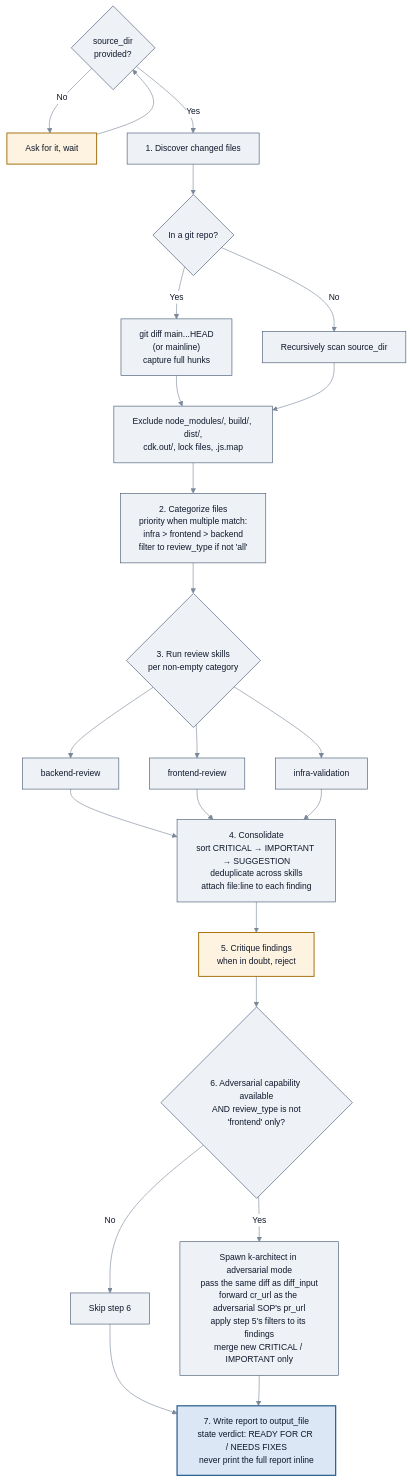
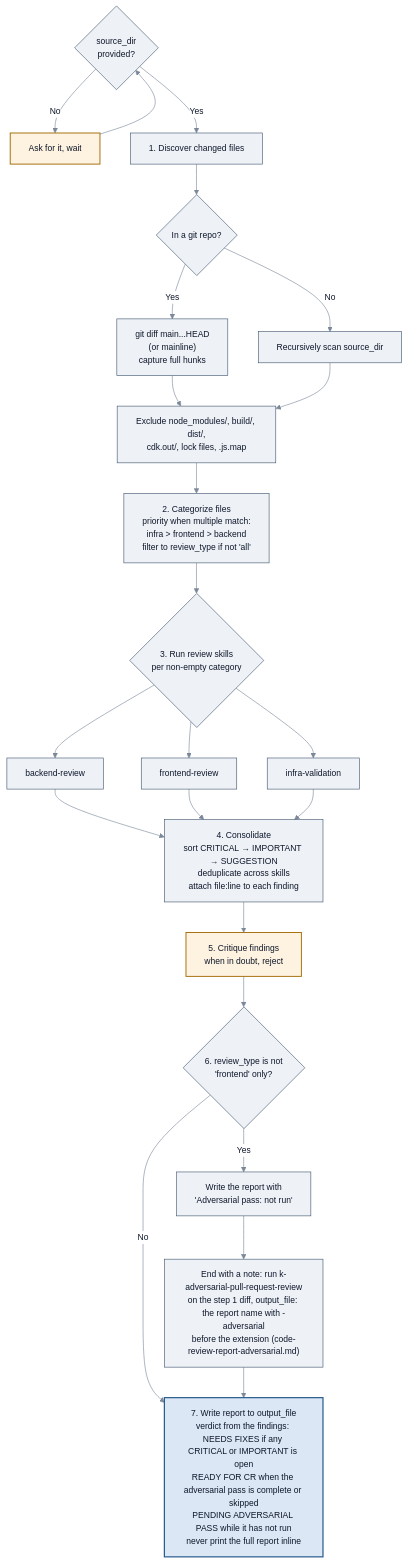
One commit to aws-solutions/konductor changed the first of 4 diagrams in docs/user-guide/sop-workflows/code-review.md. Above: the diagram before and after it, drawn with Mermaid. The commit also changed other lines of this file and 44 other files, not shown here.

````diff
--- a/docs/user-guide/sop-workflows/code-review.md
+++ b/docs/user-guide/sop-workflows/code-review.md
@@ -55,43 +55,42 @@
 ```mermaid
 %%{init:{'theme':'base','themeVariables':{'fontSize':'14px','primaryColor':'#eef2f7','primaryTextColor':'#0f172a','primaryBorderColor':'#40556e','lineColor':'#7a8899','textColor':'#0f172a','edgeLabelBackground':'#ffffff','clusterBkg':'#fafbfc','clusterBorder':'#c9d2dc'}}}%%
 flowchart TD
     P{"source_dir<br/>provided?"} -->|No| Ask["Ask for it, wait"]
     Ask --> P
     P -->|Yes| S1
 
     S1["1. Discover changed files"]
     S1 --> Git{"In a git repo?"}
     Git -->|Yes| GD["git diff main...HEAD<br/>(or mainline)<br/>capture full hunks"]
     Git -->|No| Scan["Recursively scan source_dir"]
     GD --> Ex
     Scan --> Ex["Exclude node_modules/, build/, dist/,<br/>cdk.out/, lock files, .js.map"]
 
     Ex --> S2["2. Categorize files<br/>priority when multiple match:<br/>infra > frontend > backend<br/>filter to review_type if not 'all'"]
 
     S2 --> S3{"3. Run review skills<br/>per non-empty category"}
     S3 --> RB["backend-review"]
     S3 --> RF["frontend-review"]
     S3 --> RI["infra-validation"]
 
     RB --> S4
     RF --> S4
     RI --> S4
 
     S4["4. Consolidate<br/>sort CRITICAL → IMPORTANT → SUGGESTION<br/>deduplicate across skills<br/>attach file:line to each finding"]
     S4 --> S5["5. Critique findings<br/>when in doubt, reject"]
 
-    S5 --> S6{"6. Adversarial capability available<br/>AND review_type is not<br/>'frontend' only?"}
-    S6 -->|No| Skip["Skip step 6"]
-    S6 -->|Yes| Adv["Spawn k-architect in adversarial mode<br/>pass the same diff as diff_input<br/>forward cr_url as the adversarial SOP's pr_url<br/>apply step 5's filters to its findings<br/>merge new CRITICAL / IMPORTANT only"]
+    S5 --> S6{"6. review_type is not<br/>'frontend' only?"}
+    S6 -->|No| S7
+    S6 -->|Yes| Report["Write the report with<br/>'Adversarial pass: not run'"]
+    Report --> Note["End with a note: run k-adversarial-pull-request-review<br/>on the step 1 diff, output_file: the report name with -adversarial<br/>before the extension (code-review-report-adversarial.md)"]
+    Note --> S7
 
-    Skip --> S7
-    Adv --> S7
-
-    S7["7. Write report to output_file<br/>state verdict: READY FOR CR / NEEDS FIXES<br/>never print the full report inline"]
+    S7["7. Write report to output_file<br/>verdict from the findings: NEEDS FIXES if any CRITICAL or IMPORTANT is open<br/>READY FOR CR when the adversarial pass is complete or skipped<br/>PENDING ADVERSARIAL PASS while it has not run<br/>never print the full report inline"]
 
     class Ask,S5 gate
     class S7 focus
 
     classDef gate fill:#fdf3e0,stroke:#a06800,stroke-width:1.5px,color:#0f172a;
     classDef focus fill:#dbe7f5,stroke:#2a5d8f,stroke-width:2px,color:#0f172a;
 ```
````
